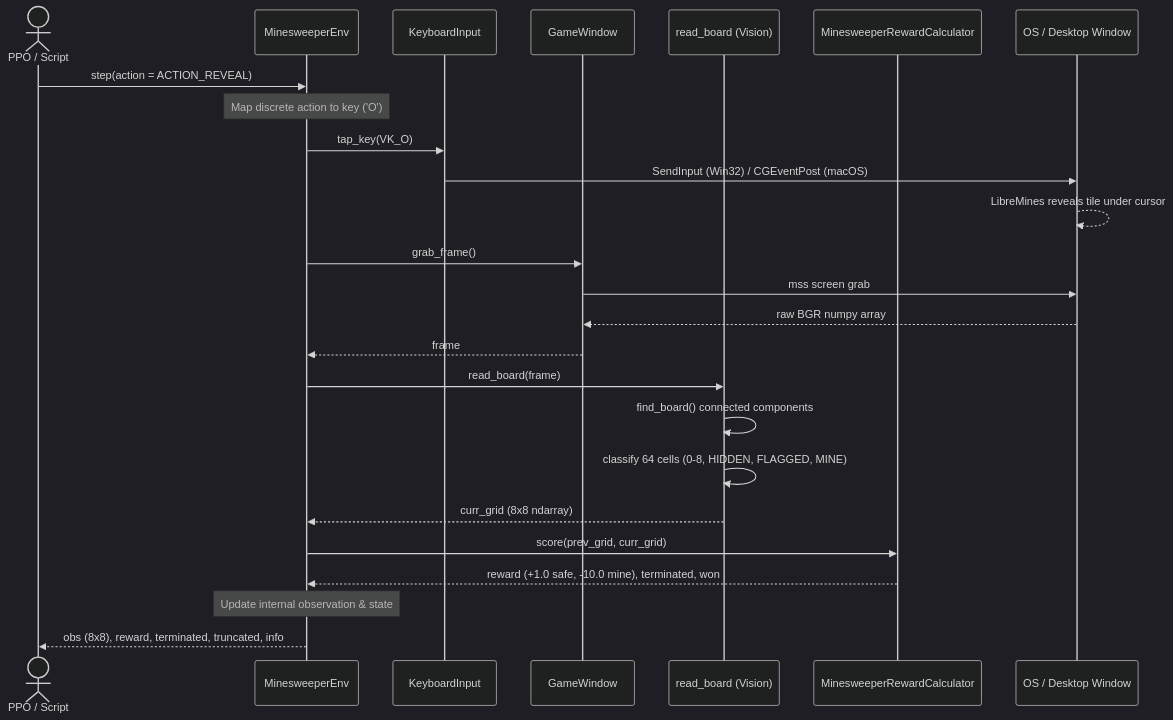
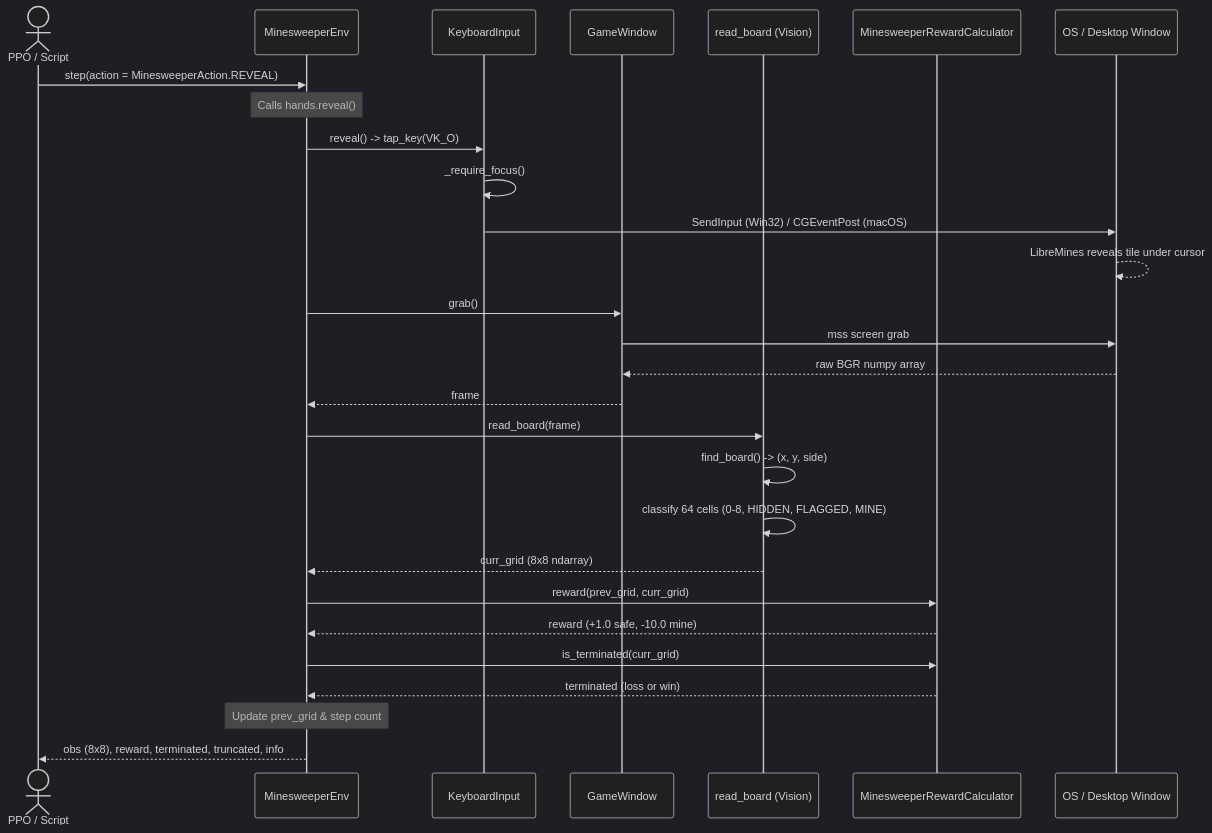
Before and after one commit to Showerss/GameTrainer: the fifth of 6 diagrams in docs/UML_FULL.md, drawn with Mermaid (dark theme). The commit also changed other lines of this file and 1 other file, not shown here.

````diff
--- a/docs/UML_FULL.md
+++ b/docs/UML_FULL.md
@@ -369,32 +393,35 @@
 ```mermaid
 sequenceDiagram
     actor Agent as PPO / Script
     participant Env as MinesweeperEnv
     participant Hands as KeyboardInput
     participant Win as GameWindow
     participant CV as read_board (Vision)
     participant Calc as MinesweeperRewardCalculator
     participant OS as OS / Desktop Window
 
-    Agent->>Env: step(action = ACTION_REVEAL)
-    Note over Env: Map discrete action to key ('O')
-    Env->>Hands: tap_key(VK_O)
+    Agent->>Env: step(action = MinesweeperAction.REVEAL)
+    Note over Env: Calls hands.reveal()
+    Env->>Hands: reveal() -> tap_key(VK_O)
+    Hands->>Hands: _require_focus()
     Hands->>OS: SendInput (Win32) / CGEventPost (macOS)
     OS-->>OS: LibreMines reveals tile under cursor
     
-    Env->>Win: grab_frame()
+    Env->>Win: grab()
     Win->>OS: mss screen grab
     OS-->>Win: raw BGR numpy array
     Win-->>Env: frame
     
     Env->>CV: read_board(frame)
-    CV->>CV: find_board() connected components
+    CV->>CV: find_board() -> (x, y, side)
     CV->>CV: classify 64 cells (0-8, HIDDEN, FLAGGED, MINE)
     CV-->>Env: curr_grid (8x8 ndarray)
     
-    Env->>Calc: score(prev_grid, curr_grid)
-    Calc-->>Env: reward (+1.0 safe, -10.0 mine), terminated, won
+    Env->>Calc: reward(prev_grid, curr_grid)
+    Calc-->>Env: reward (+1.0 safe, -10.0 mine)
+    Env->>Calc: is_terminated(curr_grid)
+    Calc-->>Env: terminated (loss or win)
     
-    Note over Env: Update internal observation & state
+    Note over Env: Update prev_grid & step count
     Env-->>Agent: obs (8x8), reward, terminated, truncated, info
 ```
````
